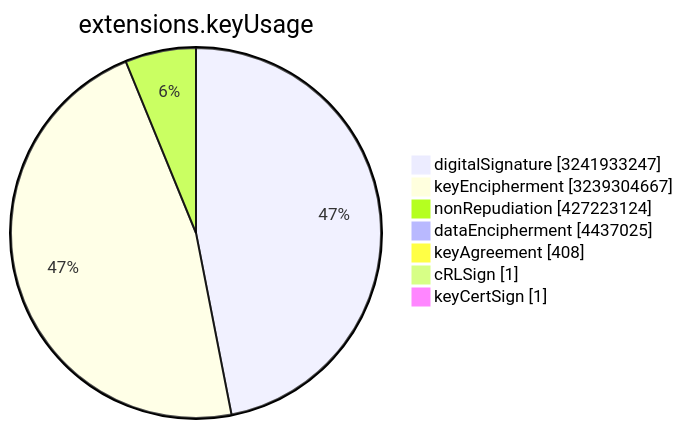
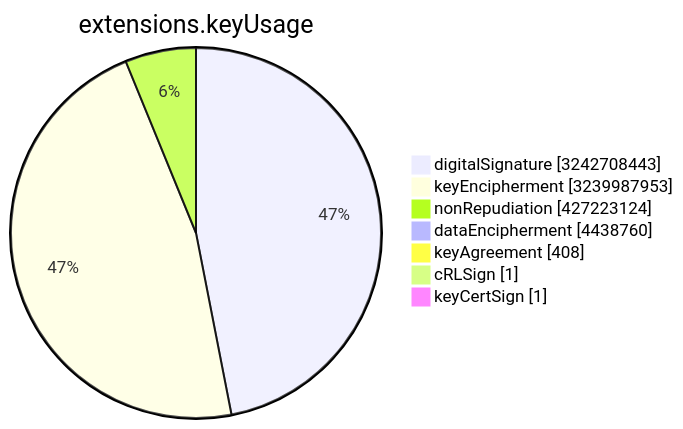
One commit to christiankrug/ctmonitor_visualization changed the sixth of 15 diagrams in TOTAL/README.md. Above: the diagram before and after it, drawn with Mermaid. The commit also changed other lines of this file, not shown here.

````diff
--- a/TOTAL/README.md
+++ b/TOTAL/README.md
@@ -3077,11 +3077,11 @@
 ```mermaid
 pie showData
 title extensions.keyUsage
-"digitalSignature" :3241933247
-"keyEncipherment" :3239304667
+"digitalSignature" :3242708443
+"keyEncipherment" :3239987953
 "nonRepudiation" :427223124
-"dataEncipherment" :4437025
+"dataEncipherment" :4438760
 "keyAgreement" :408
 "cRLSign" :1
 "keyCertSign" :1
 ```
````
